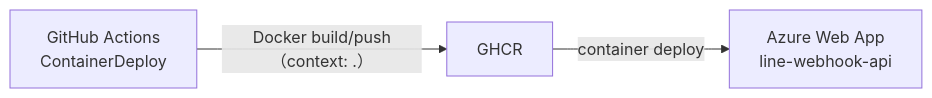
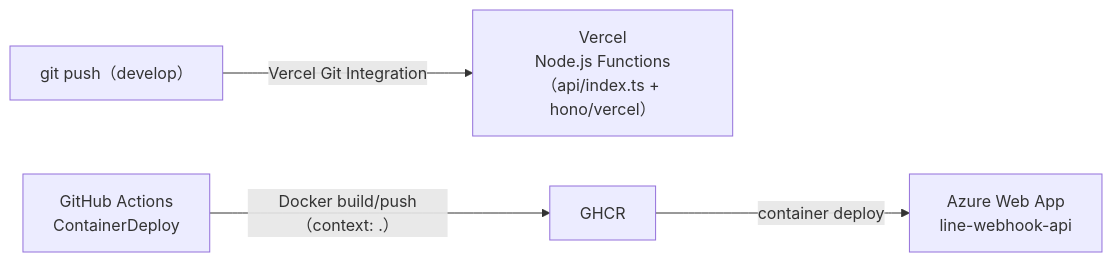
The fourth of 4 diagrams in Architect.md (agts86/G-Searcher), drawn with Mermaid before and after one commit. The commit also changed other lines of this file and 5 other files, not shown here.

````diff
--- a/Architect.md
+++ b/Architect.md
@@ -119,9 +119,12 @@
 ```mermaid
 graph LR
+    GitPush["git push（develop）"]
+    Vercel["Vercel<br/>Node.js Functions（api/index.ts + hono/vercel）"]
     GH["GitHub Actions<br/>ContainerDeploy"]
     GHCR["GHCR"]
     Azure["Azure Web App<br/>line-webhook-api"]
 
+    GitPush -->|Vercel Git Integration| Vercel
     GH -->|Docker build/push（context: .）| GHCR
     GHCR -->|container deploy| Azure
 ```
````
